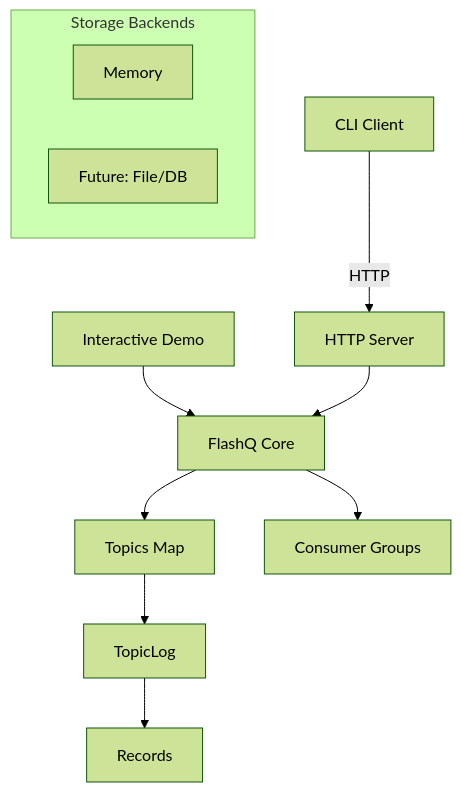
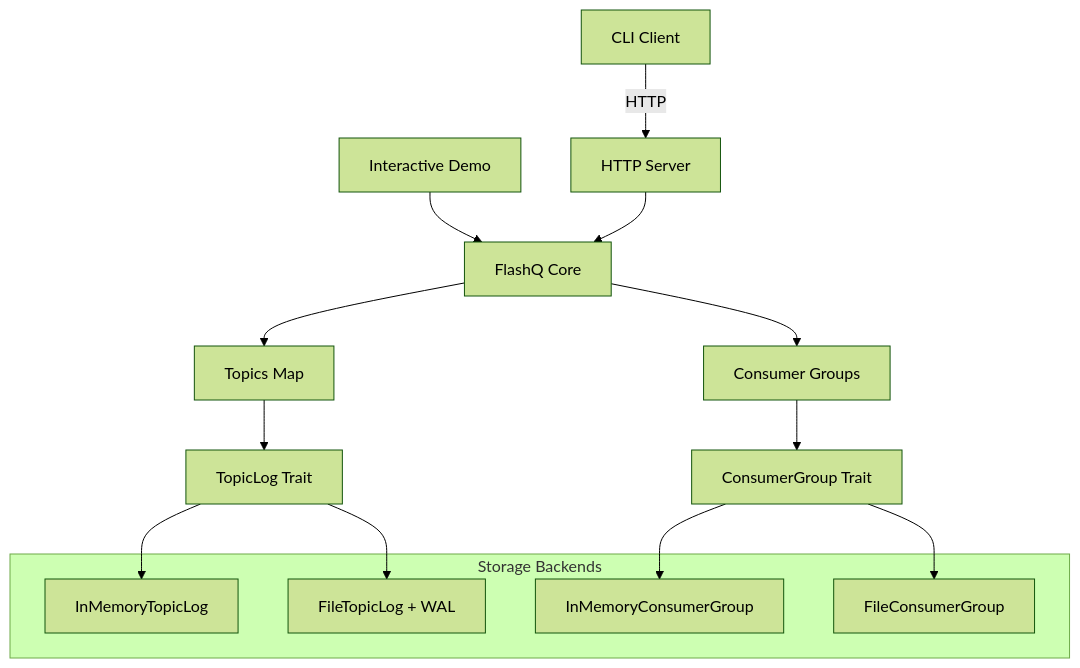
Before and after one commit to harshitmahapatra/flashq: the first of 2 diagrams in docs/architecture.md, drawn with Mermaid (forest theme). The commit also changed other lines of this file and 37 other files, not shown here.

````diff
--- a/docs/architecture.md
+++ b/docs/architecture.md
@@ -7,17 +7,24 @@
 ```mermaid
 graph TD
     A[CLI Client] -->|HTTP| B[HTTP Server]
     C[Interactive Demo] --> D[FlashQ Core]
     B --> D
     
     D --> E[Topics Map]
     D --> F[Consumer Groups]
     
-    E --> G[TopicLog]
-    G --> H[Records]
+    E --> G[TopicLog Trait]
+    F --> H[ConsumerGroup Trait]
     
     subgraph "Storage Backends"
-        I[Memory]
-        J[Future: File/DB]
+        I[InMemoryTopicLog]
+        J[FileTopicLog + WAL]
+        K[InMemoryConsumerGroup]
+        L[FileConsumerGroup]
     end
+    
+    G --> I
+    G --> J
+    H --> K
+    H --> L
 ```
````
